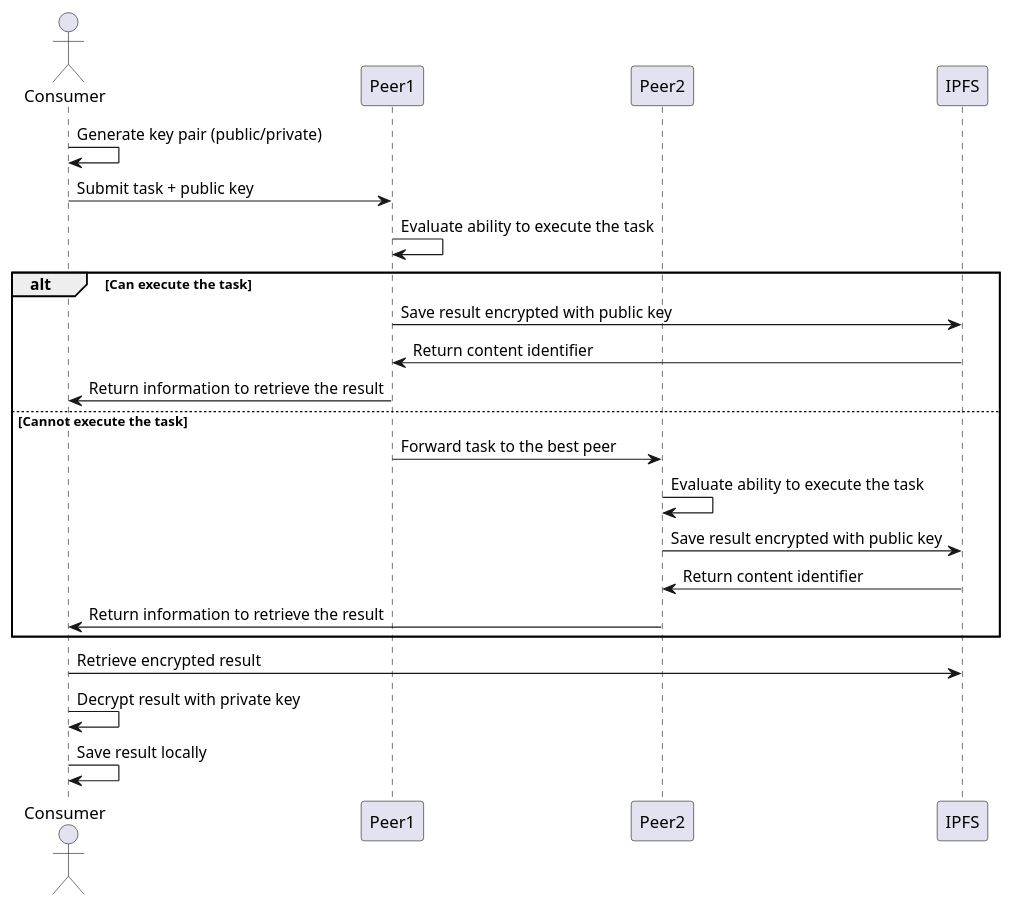
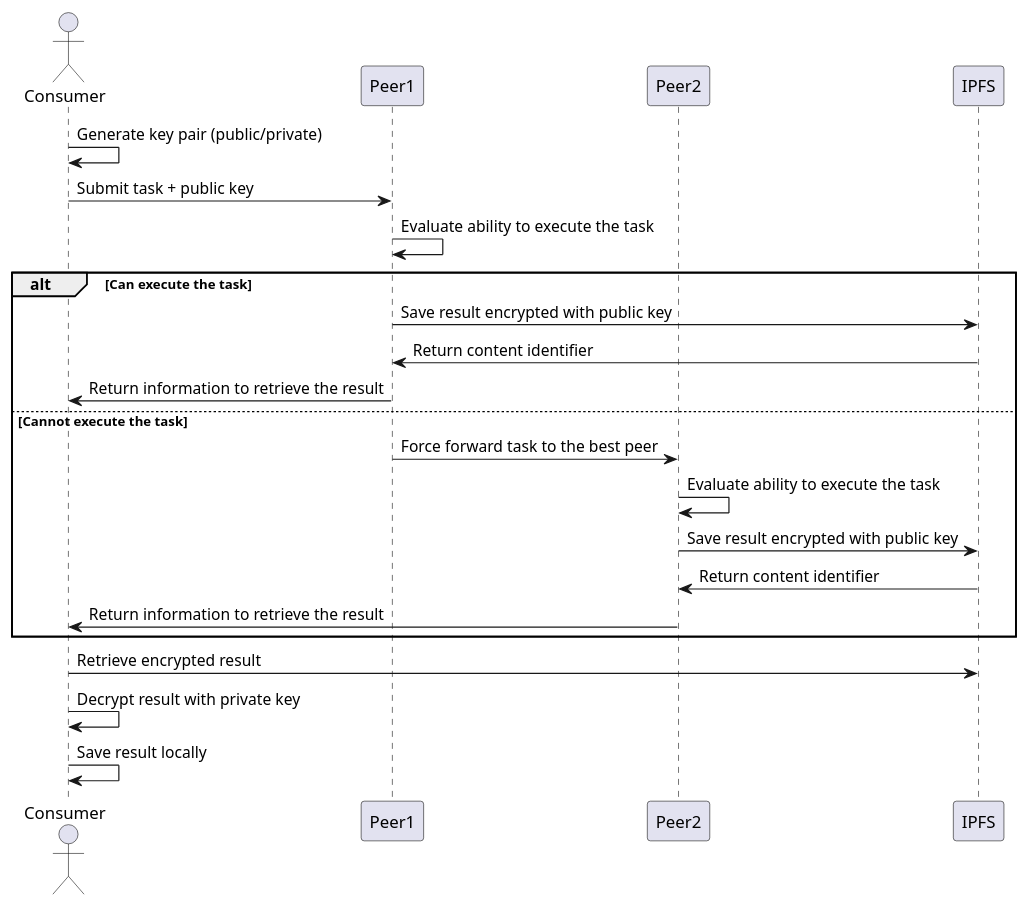
Before and after one commit to paga16-hash/anonymous-shard: the diagram in doc/general/task-flow.puml, drawn with PlantUML. The commit also changed 3 other files, not shown here.

Commit message:
docs: uml and logo

```diff
--- a/doc/general/task-flow.puml
+++ b/doc/general/task-flow.puml
@@ -1,24 +1,24 @@
 @startuml
 actor Consumer
 participant Peer1
 participant Peer2
 participant IPFS
 
 Consumer -> Consumer: Generate key pair (public/private)
 Consumer -> Peer1: Submit task + public key
 Peer1 -> Peer1: Evaluate ability to execute the task
 alt Can execute the task
     Peer1 -> IPFS: Save result encrypted with public key
     IPFS -> Peer1: Return content identifier
     Peer1 -> Consumer: Return information to retrieve the result
 else Cannot execute the task
-    Peer1 -> Peer2: Forward task to the best peer
+    Peer1 -> Peer2: Force forward task to the best peer
     Peer2 -> Peer2: Evaluate ability to execute the task
     Peer2 -> IPFS: Save result encrypted with public key
     IPFS -> Peer2: Return content identifier
     Peer2 -> Consumer: Return information to retrieve the result
 end
 Consumer -> IPFS: Retrieve encrypted result
 Consumer -> Consumer: Decrypt result with private key
 Consumer -> Consumer: Save result locally
 @enduml
```
